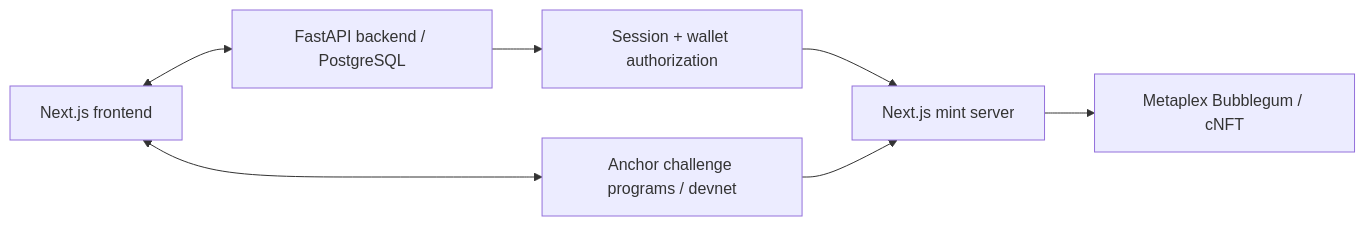
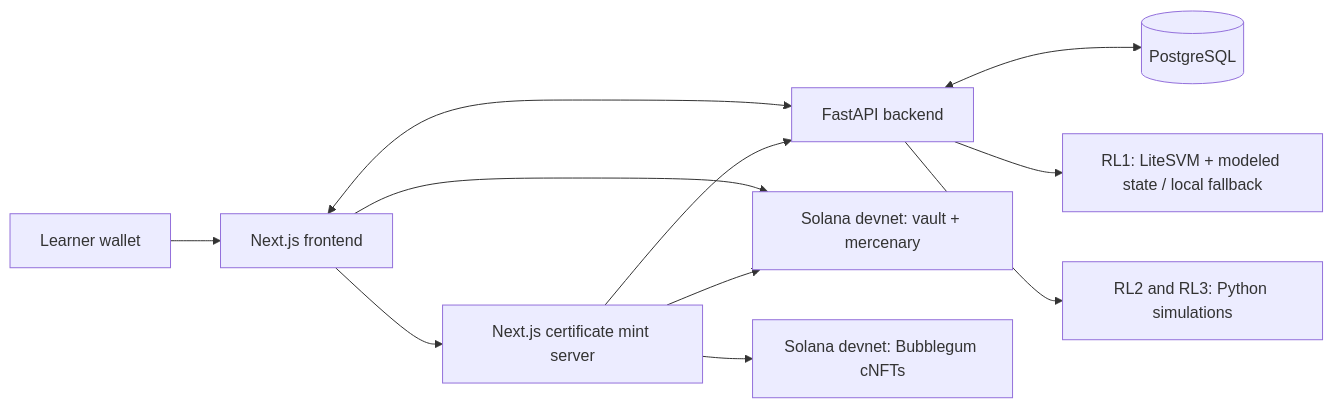
Before and after one commit to jpromano-swe/solbreach: the diagram in README.md, drawn with Mermaid. The commit also changed other lines of this file and 9 other files, not shown here.

````diff
--- a/README.md
+++ b/README.md
@@ -43,9 +79,13 @@
 ```mermaid
 flowchart LR
-  UI[Next.js frontend] <--> API[FastAPI backend / PostgreSQL]
-  UI <--> P[Anchor challenge programs / devnet]
-  API --> A[Session + wallet authorization]
-  A --> M[Next.js mint server]
-  P --> M
-  M --> B[Metaplex Bubblegum / cNFT]
+  Learner[Learner wallet] --> UI[Next.js frontend]
+  UI <--> API[FastAPI backend]
+  API <--> DB[(PostgreSQL)]
+  API --> RL1[RL1: LiteSVM + modeled state / local fallback]
+  API --> SIM[RL2 and RL3: Python simulations]
+  UI --> CHAIN[Solana devnet: vault + mercenary]
+  UI --> MINT[Next.js certificate mint server]
+  MINT --> API
+  MINT --> CHAIN
+  MINT --> NFT[Solana devnet: Bubblegum cNFTs]
 ```
````
